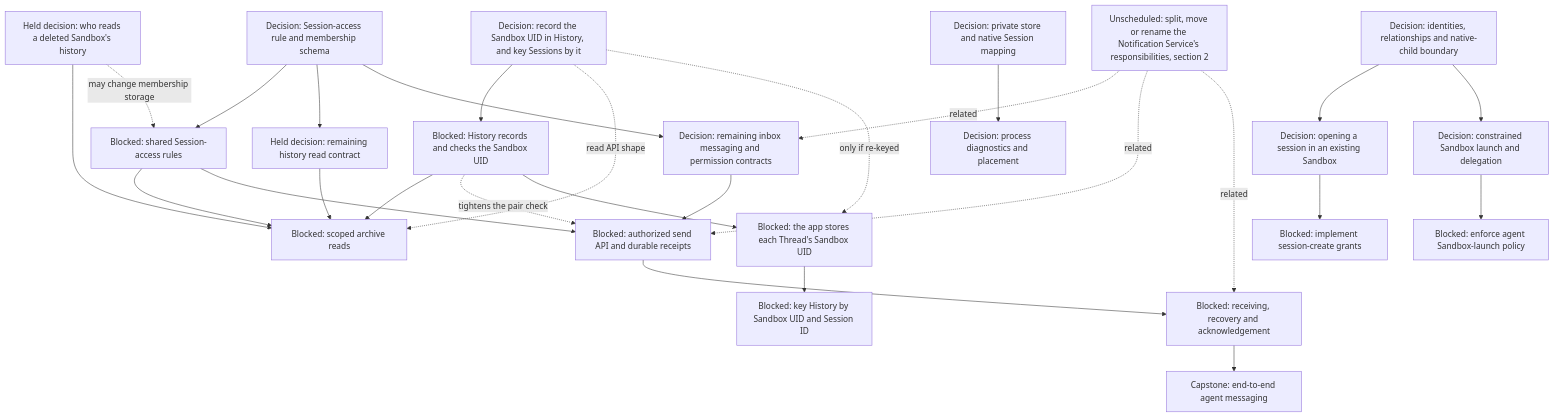
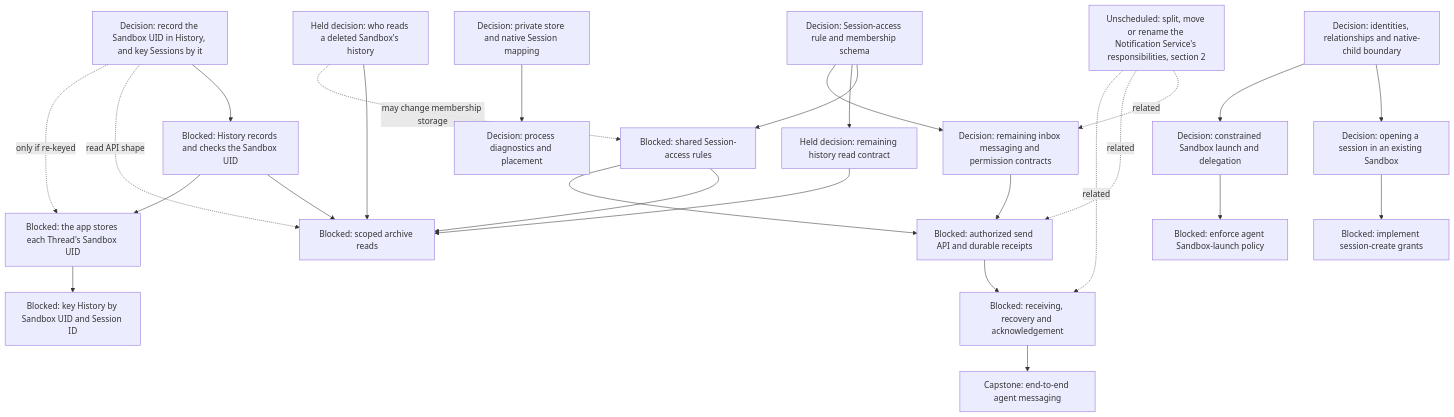
One commit to agentydragon/ducktape changed the fifth of 16 diagrams in agentplane/plans/task_dag.md. Above: the diagram before and after it, drawn with Mermaid. The commit also changed other lines of this file, not shown here.

First line of the commit message:
docs(agentplane): drop the History UID edge from message ingress

````diff
--- a/agentplane/plans/task_dag.md
+++ b/agentplane/plans/task_dag.md
@@ -250,49 +250,48 @@
 ```mermaid
 flowchart TD
     MULTIAGENT_MODEL[Decision: identities, relationships and native-child boundary]
     SESSION_ACCESS_RULES_DESIGN[Decision: Session-access rule and membership schema]
     SESSION_ACCESS_RULES[Blocked: shared Session-access rules]
     THREAD_READ_POLICY_DESIGN[Held decision: remaining history read contract]
     HISTORY_ACCESS_AFTER_DELETION[Held decision: who reads a deleted Sandbox's history]
     THREAD_READ_POLICY[Blocked: scoped archive reads]
     HISTORY_SESSION_KEY_DESIGN[Decision: record the Sandbox UID in History, and key Sessions by it]
     HISTORY_SANDBOX_UID[Blocked: History records and checks the Sandbox UID]
     APP_THREAD_SANDBOX_UID[Blocked: the app stores each Thread's Sandbox UID]
     HISTORY_SESSION_REKEY[Blocked: key History by Sandbox UID and Session ID]
     AGENT_MESSAGING_DESIGN[Decision: remaining inbox messaging and permission contracts]
     AGENT_MESSAGE_INGRESS[Blocked: authorized send API and durable receipts]
     AGENT_MESSAGE_RECEPTION[Blocked: receiving, recovery and acknowledgement]
     AGENT_MESSAGING[Capstone: end-to-end agent messaging]
     THREAD_CREATE_POLICY[Decision: opening a session in an existing Sandbox]
     THREAD_CREATE_AUTHORIZATION[Blocked: implement session-create grants]
     AGENT_LAUNCH_POLICY_DESIGN[Decision: constrained Sandbox launch and delegation]
     AGENT_SANDBOX_LAUNCH[Blocked: enforce agent Sandbox-launch policy]
     MULTIAGENT_MODEL --> THREAD_CREATE_POLICY
     MULTIAGENT_MODEL --> AGENT_LAUNCH_POLICY_DESIGN
     SESSION_ACCESS_RULES_DESIGN --> SESSION_ACCESS_RULES
     SESSION_ACCESS_RULES_DESIGN --> THREAD_READ_POLICY_DESIGN
     SESSION_ACCESS_RULES_DESIGN --> AGENT_MESSAGING_DESIGN
     THREAD_READ_POLICY_DESIGN --> THREAD_READ_POLICY
     HISTORY_ACCESS_AFTER_DELETION --> THREAD_READ_POLICY
     HISTORY_ACCESS_AFTER_DELETION -. may change membership storage .-> SESSION_ACCESS_RULES
     SESSION_ACCESS_RULES --> THREAD_READ_POLICY
     HISTORY_SESSION_KEY_DESIGN --> HISTORY_SANDBOX_UID
     HISTORY_SESSION_KEY_DESIGN -. read API shape .-> THREAD_READ_POLICY
     HISTORY_SESSION_KEY_DESIGN -. only if re-keyed .-> APP_THREAD_SANDBOX_UID
     HISTORY_SANDBOX_UID --> THREAD_READ_POLICY
-    HISTORY_SANDBOX_UID -. tightens the pair check .-> AGENT_MESSAGE_INGRESS
     HISTORY_SANDBOX_UID --> APP_THREAD_SANDBOX_UID
     APP_THREAD_SANDBOX_UID --> HISTORY_SESSION_REKEY
     SESSION_ACCESS_RULES --> AGENT_MESSAGE_INGRESS
     AGENT_MESSAGING_DESIGN --> AGENT_MESSAGE_INGRESS
     AGENT_MESSAGE_INGRESS --> AGENT_MESSAGE_RECEPTION
     NOTIFICATION_SERVICE_SPLIT[Unscheduled: split, move or rename the Notification Service's responsibilities, section 2] -. related .-> AGENT_MESSAGING_DESIGN
     NOTIFICATION_SERVICE_SPLIT -. related .-> AGENT_MESSAGE_INGRESS
     NOTIFICATION_SERVICE_SPLIT -. related .-> AGENT_MESSAGE_RECEPTION
     AGENT_MESSAGE_RECEPTION --> AGENT_MESSAGING
     THREAD_CREATE_POLICY --> THREAD_CREATE_AUTHORIZATION
     AGENT_LAUNCH_POLICY_DESIGN --> AGENT_SANDBOX_LAUNCH
     RUNNER_HARNESS_OBJECTS_DESIGN[Decision: process diagnostics and placement]
     HARNESS_IDENTITY_DESIGN[Decision: private store and native Session mapping]
     HARNESS_IDENTITY_DESIGN --> RUNNER_HARNESS_OBJECTS_DESIGN
 ```
````
